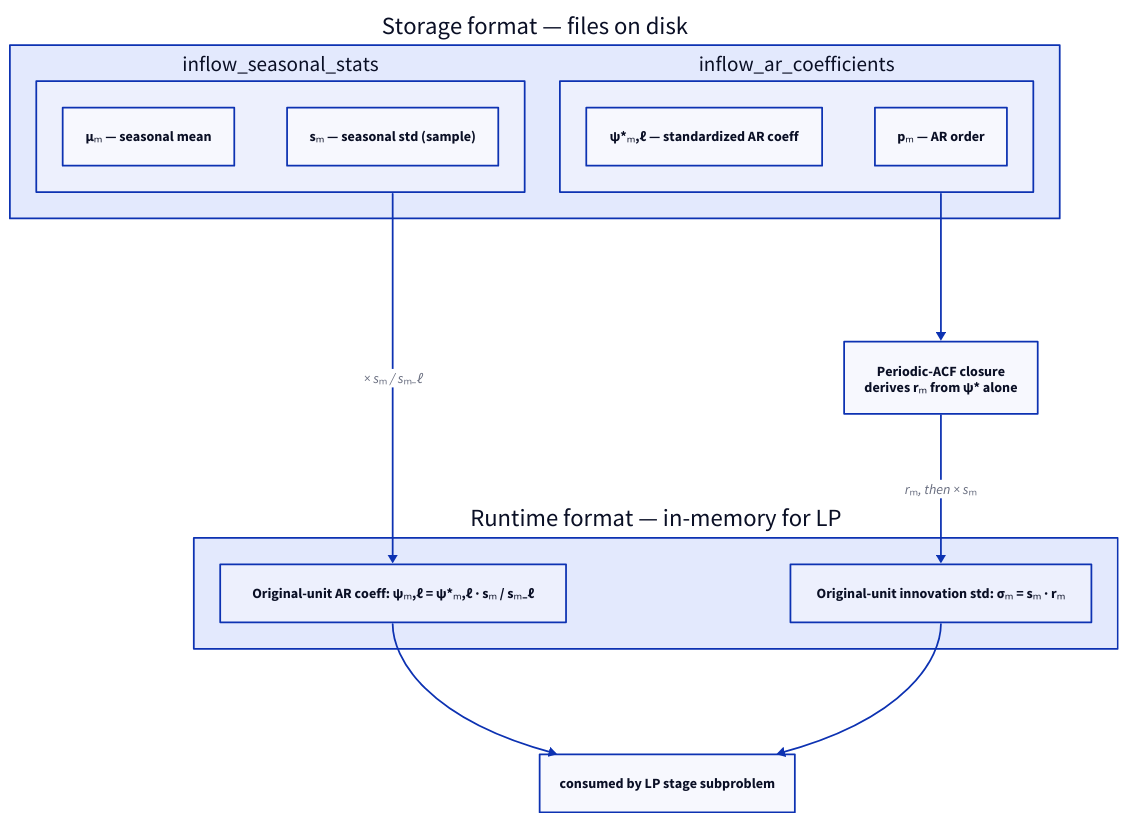
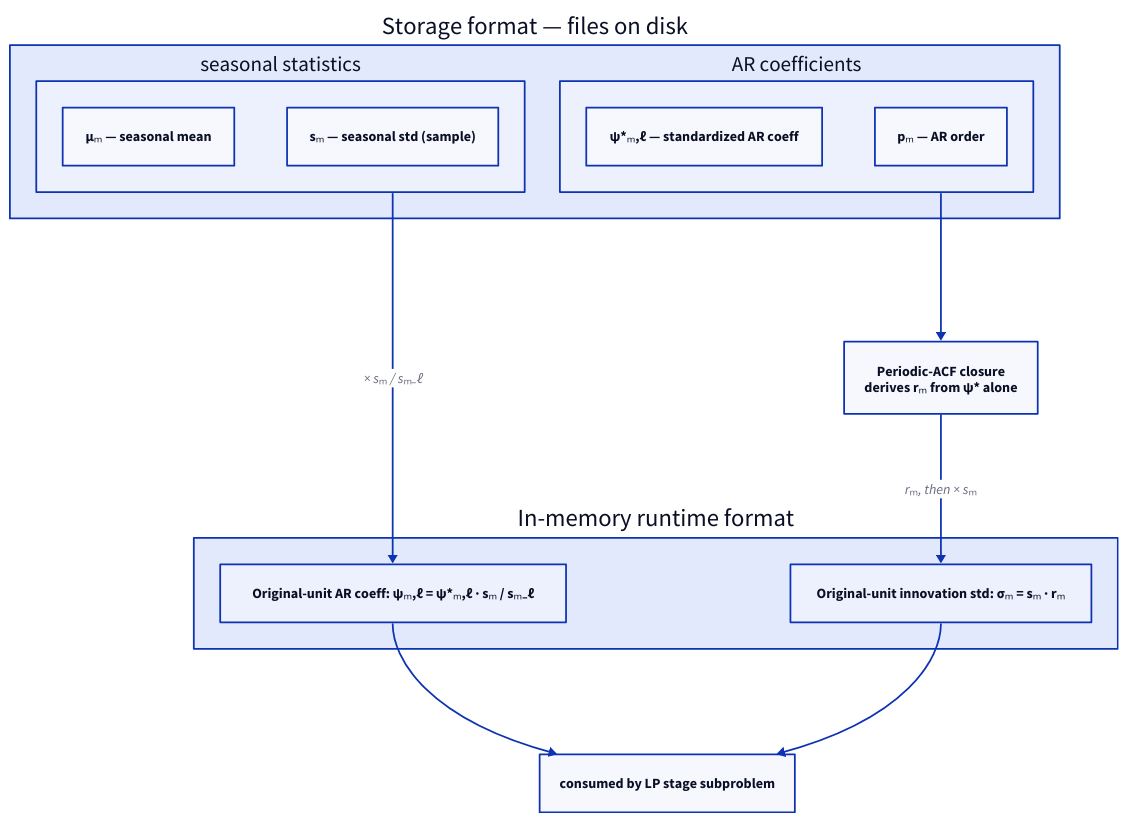
Before and after one commit to ons-ccee-epe/novomodelo-mcp: the first of 2 diagrams in src/cobre_mcp/_bundled/docs/math/par-inflow-model.mdx, drawn with D2. The commit also changed other lines of this file and 123 other files, not shown here.

````diff
--- a/src/cobre_mcp/_bundled/docs/math/par-inflow-model.mdx
+++ b/src/cobre_mcp/_bundled/docs/math/par-inflow-model.mdx
@@ -69,29 +70,29 @@
 ```d2
 direction: down
 
 storage: "Storage format — files on disk" {
-  stats: "inflow_seasonal_stats" {
+  stats: "seasonal statistics" {
     f1: "μₘ  —  seasonal mean"
     f2: "sₘ  —  seasonal std (sample)"
   }
-  arcoef: "inflow_ar_coefficients" {
+  arcoef: "AR coefficients" {
     f1: "ψ*ₘ,ℓ  —  standardized AR coeff"
     f2: "pₘ  —  AR order"
   }
 }
 
 closure: "Periodic-ACF closure\nderives rₘ from ψ* alone"
 
-runtime: "Runtime format — in-memory for LP" {
+runtime: "In-memory runtime format" {
   psi: "Original-unit AR coeff:  ψₘ,ℓ = ψ*ₘ,ℓ · sₘ / sₘ₋ℓ"
   sigma: "Original-unit innovation std:  σₘ = sₘ · rₘ"
 }
 
 lp: "consumed by LP stage subproblem"
 
 storage.stats -> runtime.psi: "× sₘ / sₘ₋ℓ"
 storage.arcoef -> closure
 closure -> runtime.sigma: "rₘ, then × sₘ"
 runtime.psi -> lp
 runtime.sigma -> lp
 ```
````
